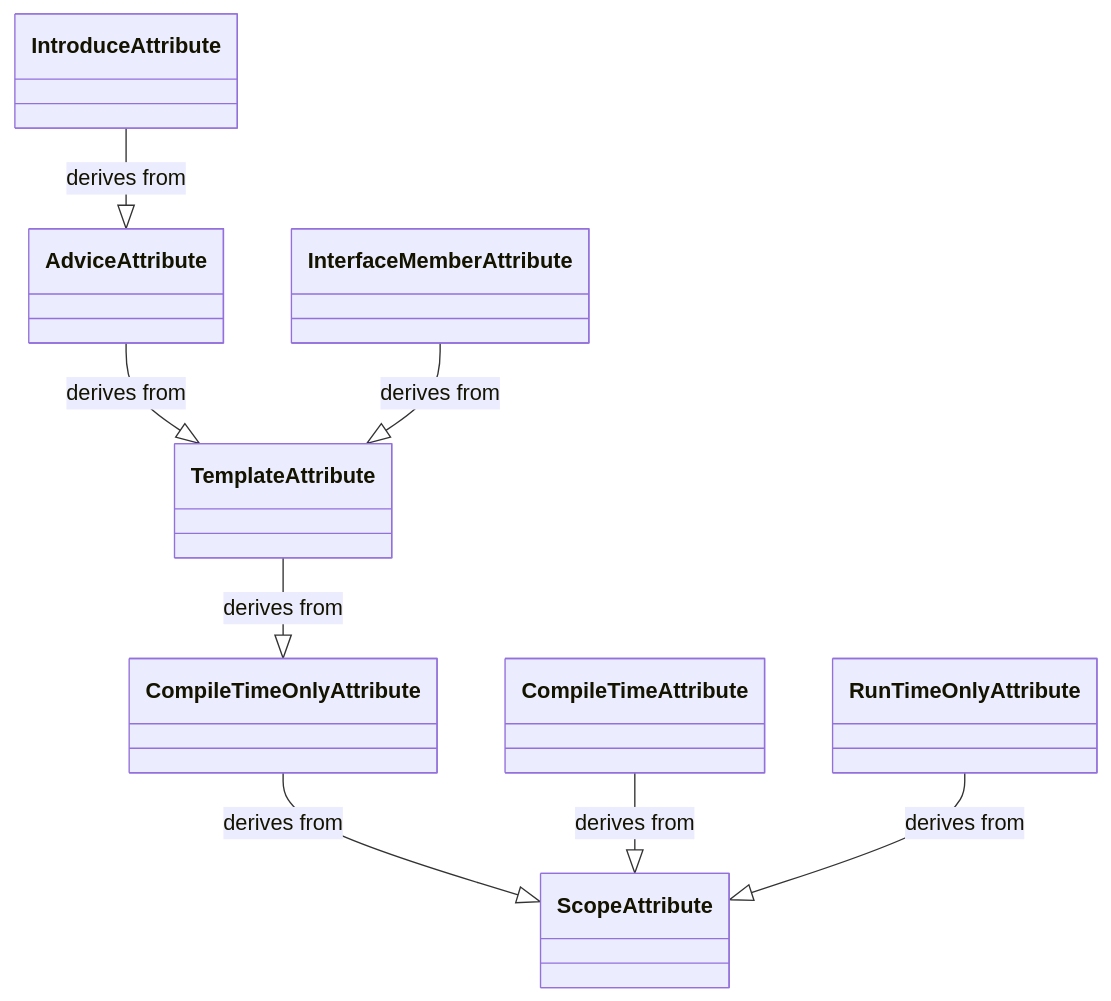
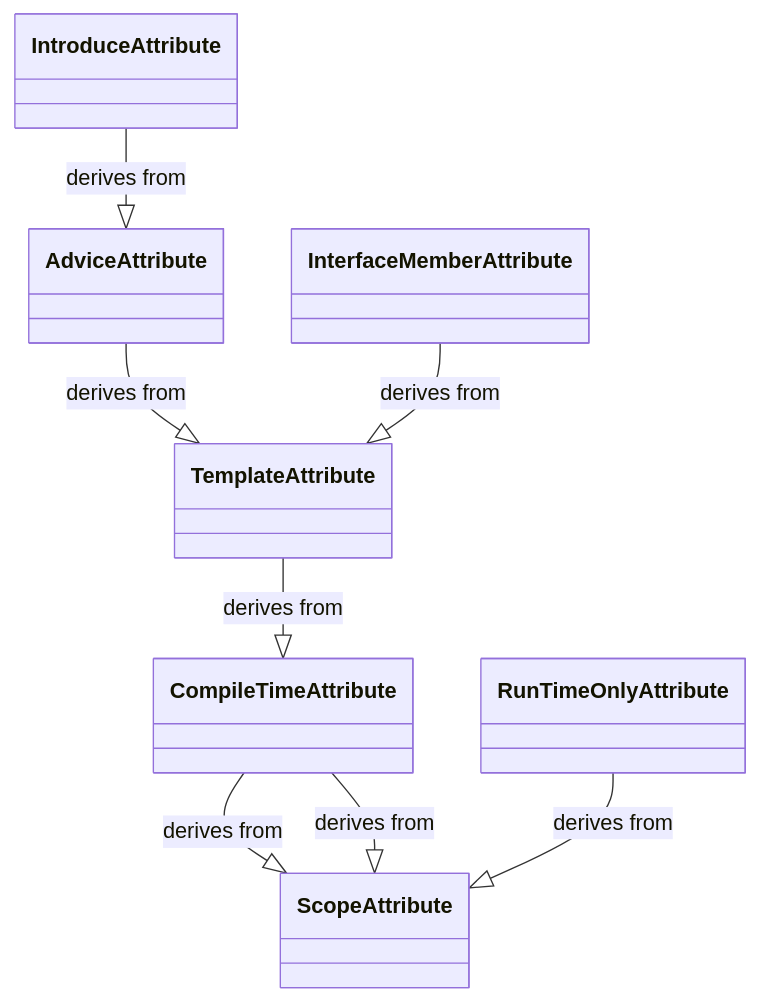
The second of 4 diagrams in docfx/namespaces/Metalama.Framework.Aspects.md (postsharp/Metalama.Documentation), drawn with Mermaid before and after one commit. The commit also changed other lines of this file and 118 other files, not shown here.

````diff
--- a/docfx/namespaces/Metalama.Framework.Aspects.md
+++ b/docfx/namespaces/Metalama.Framework.Aspects.md
@@ -69,15 +69,15 @@
 ```mermaid
 classDiagram
 
-CompileTimeOnlyAttribute --|> ScopeAttribute : derives from
+CompileTimeAttribute --|> ScopeAttribute : derives from
 CompileTimeAttribute --|> ScopeAttribute  : derives from
 RunTimeOnlyAttribute --|> ScopeAttribute  : derives from
-TemplateAttribute --|> CompileTimeOnlyAttribute  : derives from
+TemplateAttribute --|> CompileTimeAttribute  : derives from
 AdviceAttribute --|> TemplateAttribute  : derives from
 IntroduceAttribute --|> AdviceAttribute  : derives from
 InterfaceMemberAttribute --|> TemplateAttribute  : derives from
 
 class CompileTimeAttribute
 class RunTimeOnlyAttribute
 
 ```
````
